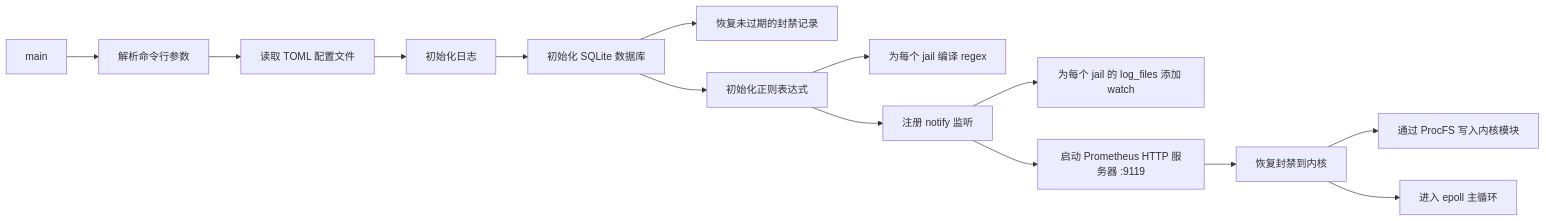
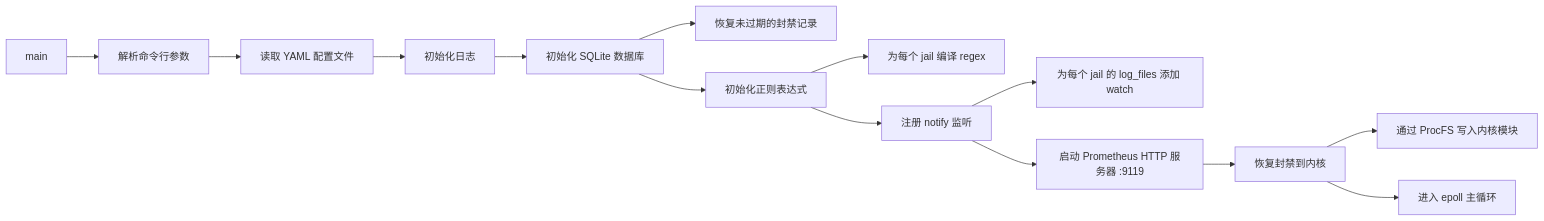
The third of 7 diagrams in docs/zh/architecture/daemon.md (SnowCore8/linux-firewall-kmod), drawn with Mermaid before and after one commit. The commit also changed other lines of this file and 15 other files, not shown here.

````diff
--- a/docs/zh/architecture/daemon.md
+++ b/docs/zh/architecture/daemon.md
@@ -64,16 +132,16 @@
 ```mermaid
 graph LR
     A["main"] --> B["解析命令行参数"]
-    B --> C["读取 TOML 配置文件"]
+    B --> C["读取 YAML 配置文件"]
     C --> D["初始化日志"]
     D --> E["初始化 SQLite 数据库"]
     E --> E1["恢复未过期的封禁记录"]
     E --> F["初始化正则表达式"]
     F --> F1["为每个 jail 编译 regex"]
     F --> G["注册 notify 监听"]
     G --> G1["为每个 jail 的 log_files 添加 watch"]
     G --> H["启动 Prometheus HTTP 服务器 :9119"]
     H --> I["恢复封禁到内核"]
     I --> I1["通过 ProcFS 写入内核模块"]
     I --> J["进入 epoll 主循环"]
 ```
````
